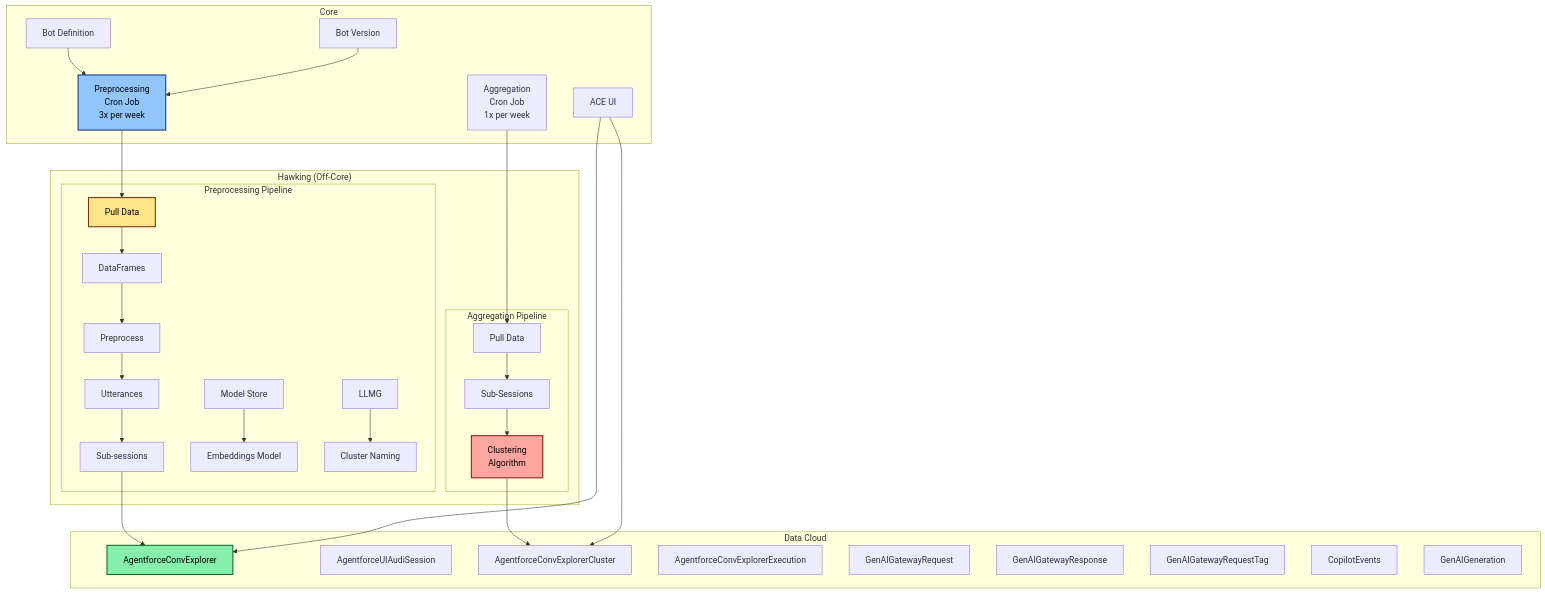
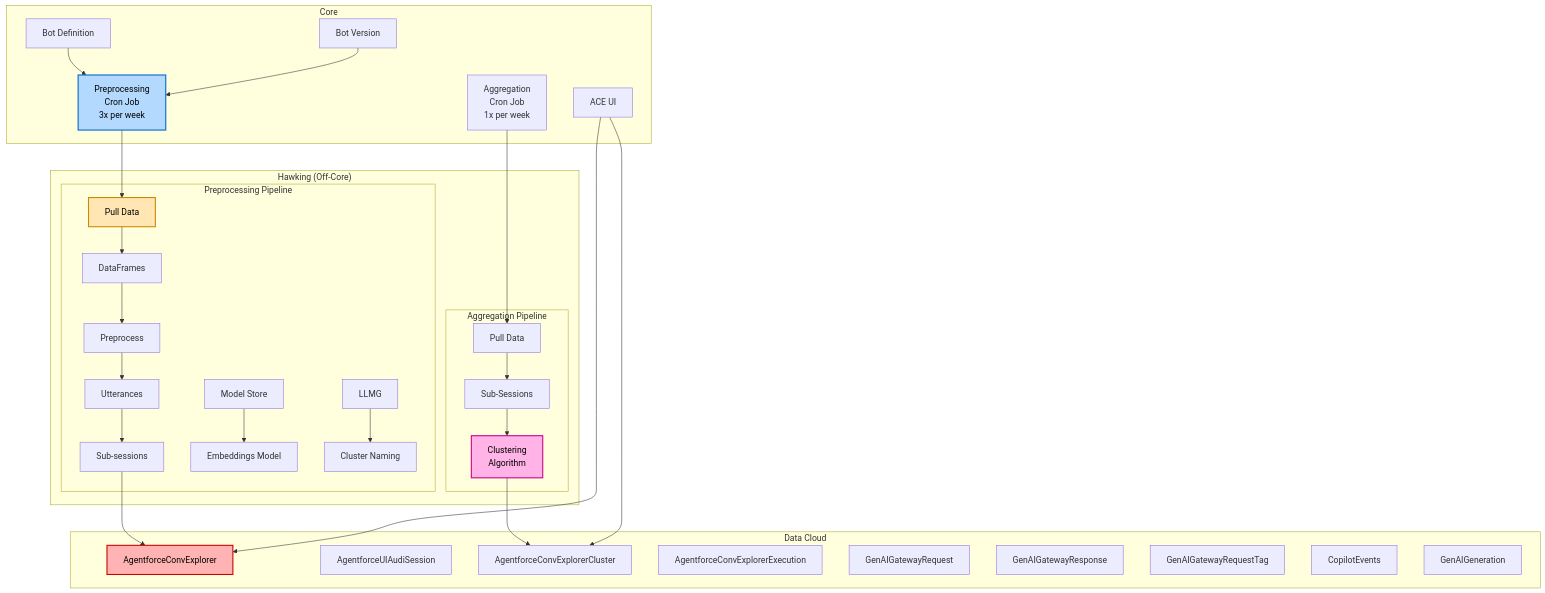
The fifth of 11 diagrams in agentforce/observability/README_Agentforce_Observability_System_Architecture.md (arupsarkar-sfdc/Misc), drawn with Mermaid before and after one commit. The commit also changed other lines of this file, not shown here.

Commit message:
Updated color scheme of all diagrams

````diff
--- a/agentforce/observability/README_Agentforce_Observability_System_Architecture.md
+++ b/agentforce/observability/README_Agentforce_Observability_System_Architecture.md
@@ -434,71 +434,71 @@
 ```mermaid
 graph TB
     subgraph "Hawking (Off-Core)"
         subgraph "Preprocessing Pipeline"
             PULL[Pull Data]
             DATAFRAMES[DataFrames]
             PREPROCESS[Preprocess]
             UTTERANCES[Utterances]
             SUBSESSIONS[Sub-sessions]
             MS[Model Store]
             LLMG[LLMG]
             EMBEDDINGS[Embeddings Model]
             CLUSTER_NAMING[Cluster Naming]
         end
         
         subgraph "Aggregation Pipeline"
             PULL2[Pull Data]
             SUBSESS2[Sub-Sessions]
             CLUSTERING[Clustering<br/>Algorithm]
         end
     end
     
     subgraph "Data Cloud"
         AIECE[AgentforceConvExplorer]
         AIEAAS[AgentforceUIAudiSession]
         AIECEC[AgentforceConvExplorerCluster]
         AIEEXEC[AgentforceConvExplorerExecution]
         
         GENAIGATEWAY[GenAIGatewayRequest]
         GENAIGATEWAYRESP[GenAIGatewayResponse]
         GENAIGATEWAYREQTAG[GenAIGatewayRequestTag]
         COPILOTEVENTS[CopilotEvents]
         GENAIGEN[GenAIGeneration]
     end
     
     subgraph "Core"
         CRONJOB1[Preprocessing<br/>Cron Job<br/>3x per week]
         CRONJOB2[Aggregation<br/>Cron Job<br/>1x per week]
         BOTDEF[Bot Definition]
         BOTVER[Bot Version]
         ACEUI[ACE UI]
     end
     
     PULL --> DATAFRAMES
     DATAFRAMES --> PREPROCESS
     PREPROCESS --> UTTERANCES
     UTTERANCES --> SUBSESSIONS
     
     MS --> EMBEDDINGS
     LLMG --> CLUSTER_NAMING
     
     PULL2 --> SUBSESS2
     SUBSESS2 --> CLUSTERING
     
     SUBSESSIONS --> AIECE
     CLUSTERING --> AIECEC
     
     CRONJOB1 --> PULL
     CRONJOB2 --> PULL2
     
     BOTDEF --> CRONJOB1
     BOTVER --> CRONJOB1
     
     ACEUI --> AIECE
     ACEUI --> AIECEC
     
-    style PULL fill:#fde68a,stroke:#78350f,stroke-width:2px,color:#000
-    style CLUSTERING fill:#fca5a1,stroke:#991b1b,stroke-width:2px,color:#000
-    style AIECE fill:#86efac,stroke:#166534,stroke-width:2px,color:#000
-    style CRONJOB1 fill:#93c5fd,stroke:#1e3a8a,stroke-width:2px,color:#000
+    style PULL fill:#FFE6B3,stroke:#CC8800,stroke-width:2px,color:#000
+    style CLUSTERING fill:#FFB3E6,stroke:#CC0088,stroke-width:2px,color:#000
+    style AIECE fill:#FFB3B3,stroke:#CC0000,stroke-width:2px,color:#000
+    style CRONJOB1 fill:#B3D9FF,stroke:#0066CC,stroke-width:2px,color:#000
 ```
````
